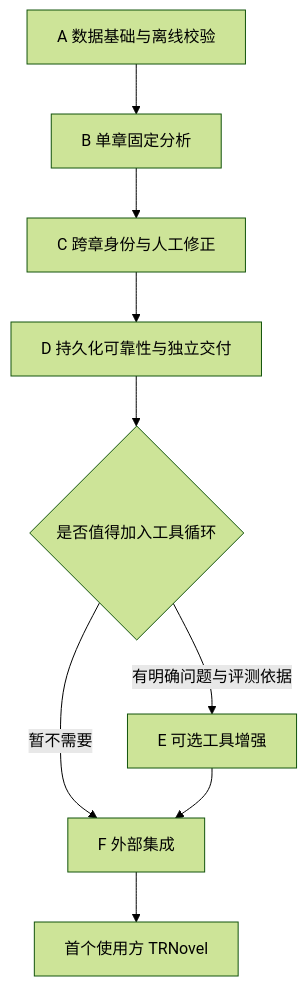
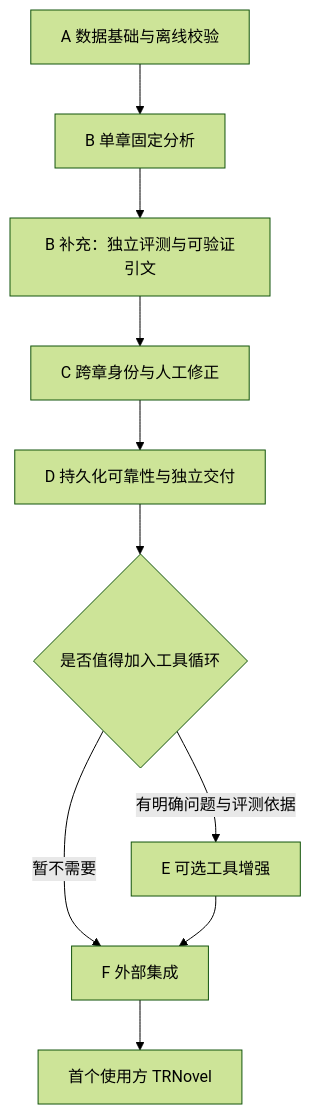
One commit to yexiyue/castglean changed the diagram in docs/implementation-roadmap.md. Above: the diagram before and after it, drawn with Mermaid (forest theme). The commit also changed other lines of this file and 177 other files, not shown here.

````diff
--- a/docs/implementation-roadmap.md
+++ b/docs/implementation-roadmap.md
@@ -17,11 +17,12 @@
 ```mermaid
 flowchart TD
     A[A 数据基础与离线校验] --> B[B 单章固定分析]
-    B --> C[C 跨章身份与人工修正]
+    B --> Q[B 补充：独立评测与可验证引文]
+    Q --> C[C 跨章身份与人工修正]
     C --> D[D 持久化可靠性与独立交付]
     D --> E{是否值得加入工具循环}
     E -->|有明确问题与评测依据| E1[E 可选工具增强]
     E -->|暂不需要| F[F 外部集成]
     E1 --> F
     F --> TR[首个使用方 TRNovel]
 ```
````
